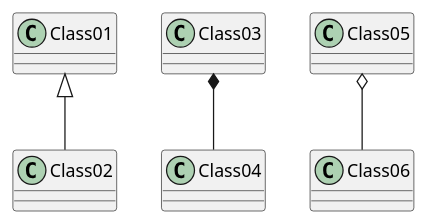
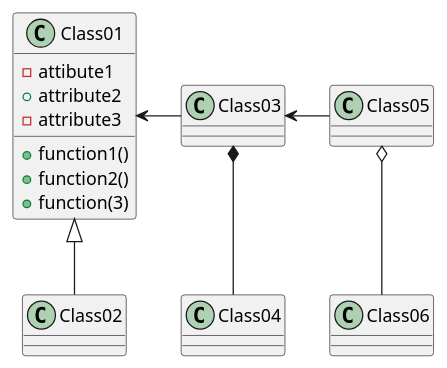
Before and after one commit to RadekBucki/OpinionCollectorArchitecture: the first of 2 diagrams in TestDiagram.md, drawn with PlantUML.

Commit message:
Sample diagram

````diff
--- a/TestDiagram.md
+++ b/TestDiagram.md
@@ -3,7 +3,17 @@
 ```plantuml
 @startuml
+class Class01 {
+    - attibute1
+    + attribute2
+    + function1()
+    + function2()
+    - attribute3
+    + function(3)
+}
 Class01 <|-- Class02
+Class01 <- Class03
 Class03 *-- Class04
+Class03 <- Class05
 Class05 o-- Class06
 @enduml
 ```
````
